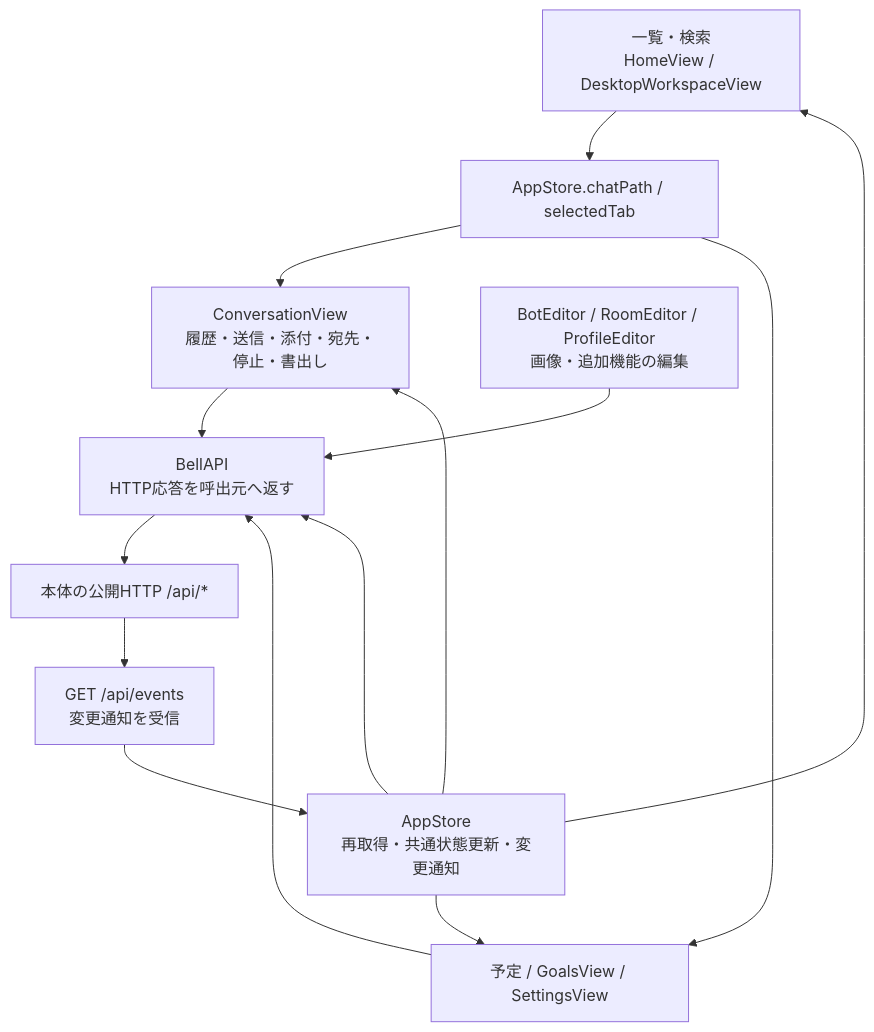
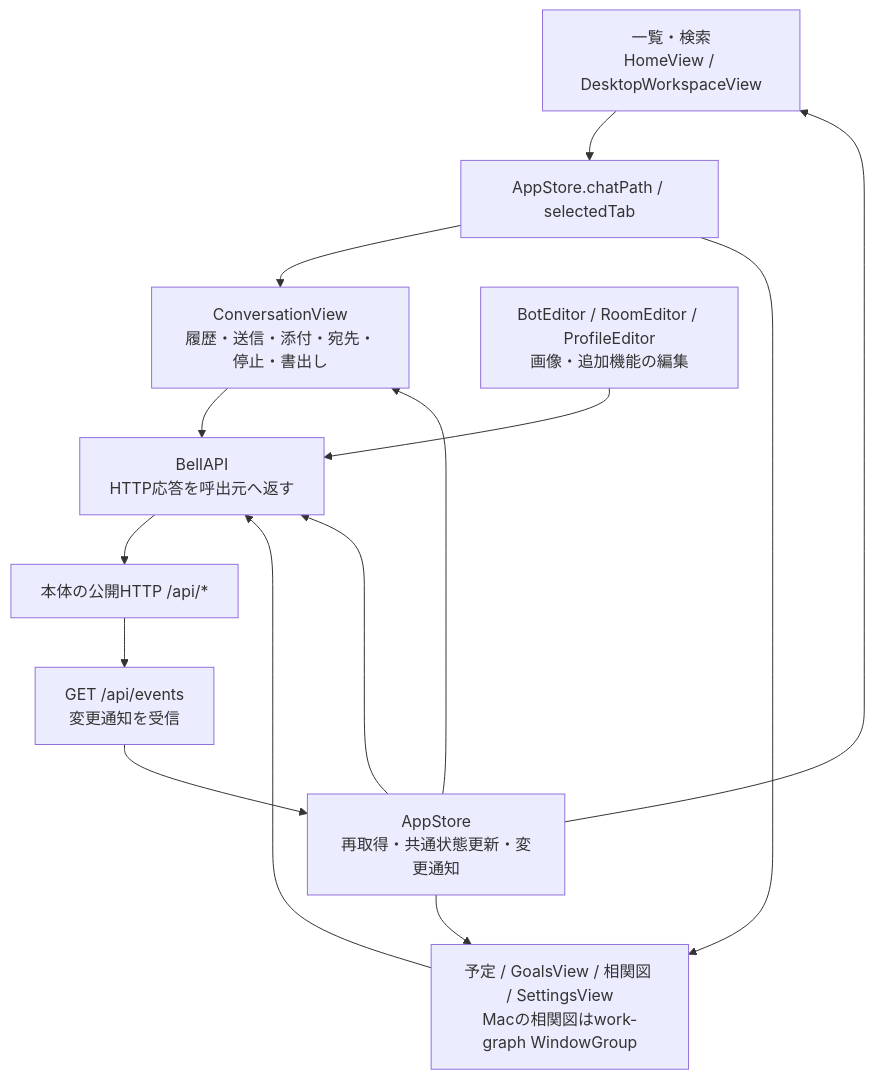
The second of 3 diagrams in docs/architecture/modules/apple/overview.md (kitepon/BellTeam), drawn with Mermaid before and after one commit. The commit also changed 11 other files, not shown here.

First line of the commit message:
Draw the 相関図 work graph natively on iPhone/iPad and in a Mac window

````diff
--- a/docs/architecture/modules/apple/overview.md
+++ b/docs/architecture/modules/apple/overview.md
@@ -29,16 +29,16 @@
 ```mermaid
 flowchart TD
   List["一覧・検索<br/>HomeView / DesktopWorkspaceView"] --> Selection["AppStore.chatPath / selectedTab"]
   Selection --> Chat["ConversationView<br/>履歴・送信・添付・宛先・停止・書出し"]
-  Selection --> Pages["予定 / GoalsView / SettingsView"]
+  Selection --> Pages["予定 / GoalsView / 相関図 / SettingsView<br/>Macの相関図はwork-graph WindowGroup"]
   Edit["BotEditor / RoomEditor / ProfileEditor<br/>画像・追加機能の編集"] --> HTTP["BellAPI<br/>HTTP応答を呼出元へ返す"]
   Chat --> HTTP
   Pages --> HTTP
   HTTP --> Server["本体の公開HTTP /api/*"]
   Server --> Events["GET /api/events<br/>変更通知を受信"]
   Events --> Store["AppStore<br/>再取得・共通状態更新・変更通知"]
   Store --> List
   Store --> Chat
   Store --> Pages
   Store --> HTTP
 ```
````
